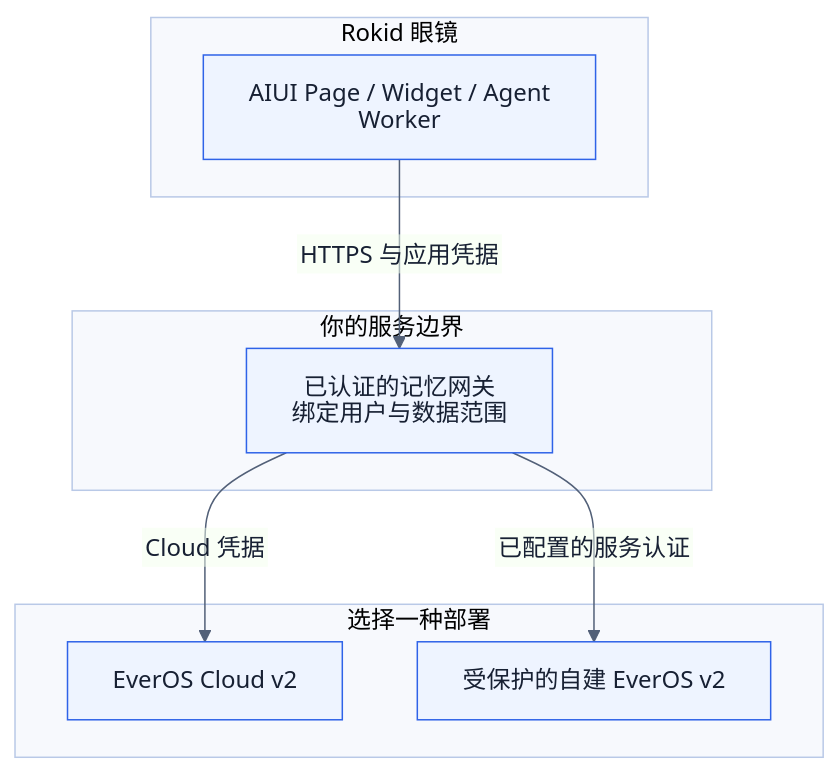
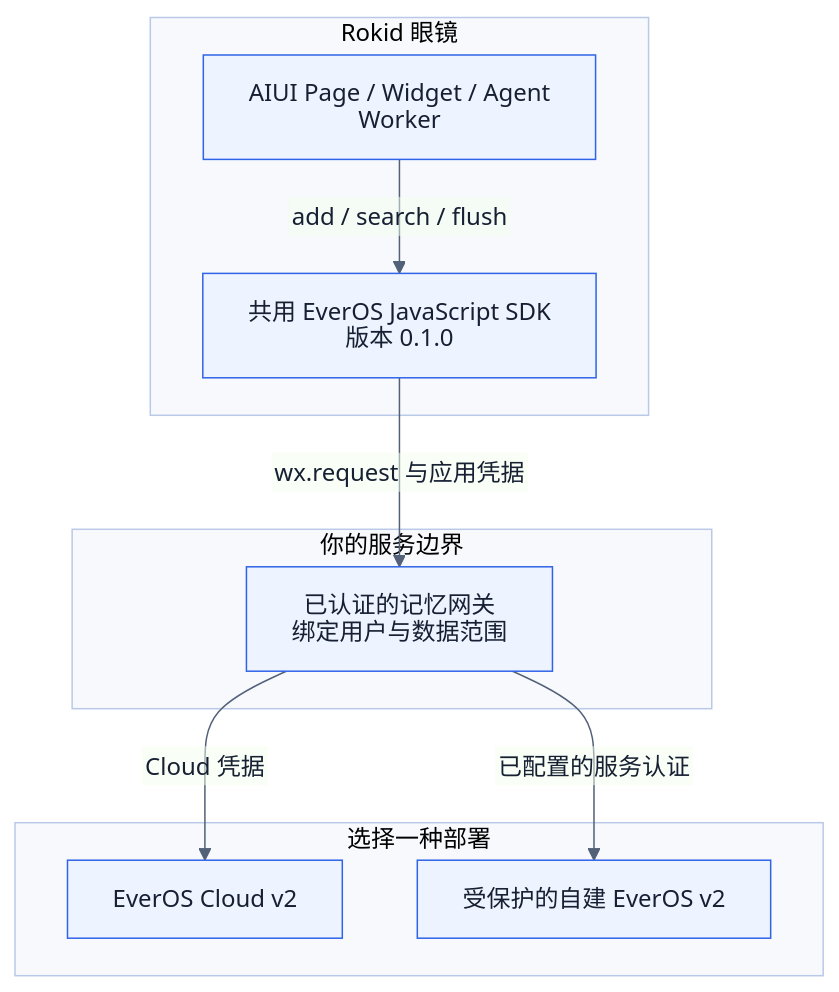
The second of 6 diagrams in docs/rokid-memory-skills.md (EasonZhu1997/Eason-Agent-Skills), drawn with Mermaid before and after one commit. The commit also changed other lines of this file and 20 other files, not shown here.

First line of the commit message:
Ship reusable AIUI EverOS JavaScript SDK v0.1.0

````diff
--- a/docs/rokid-memory-skills.md
+++ b/docs/rokid-memory-skills.md
@@ -44,19 +50,21 @@
 ```mermaid
 %%{init: {"theme":"base","htmlLabels":false,"flowchart":{"wrappingWidth":240},"themeVariables":{"fontFamily":"Arial, sans-serif","primaryColor":"#EEF4FF","primaryTextColor":"#172033","primaryBorderColor":"#2F63E8","lineColor":"#526078","clusterBkg":"#F7F9FD","clusterBorder":"#B9C9E7"}}}%%
 flowchart TB
     subgraph Device["Rokid 眼镜"]
         A["AIUI Page / Widget / Agent Worker"]
+        K["共用 EverOS JavaScript SDK<br/>版本 0.1.0"]
+        A -->|add / search / flush| K
     end
     subgraph Backend["你的服务边界"]
         G["已认证的记忆网关<br/>绑定用户与数据范围"]
     end
     subgraph Memory["选择一种部署"]
         C["EverOS Cloud v2"]
         S["受保护的自建 EverOS v2"]
     end
-    A -->|HTTPS 与应用凭据| G
+    K -->|wx.request 与应用凭据| G
     G -->|Cloud 凭据| C
     G -->|已配置的服务认证| S
     classDef component fill:#EEF4FF,stroke:#2F63E8,color:#172033
     class A,G,C,S component
 ```
````
